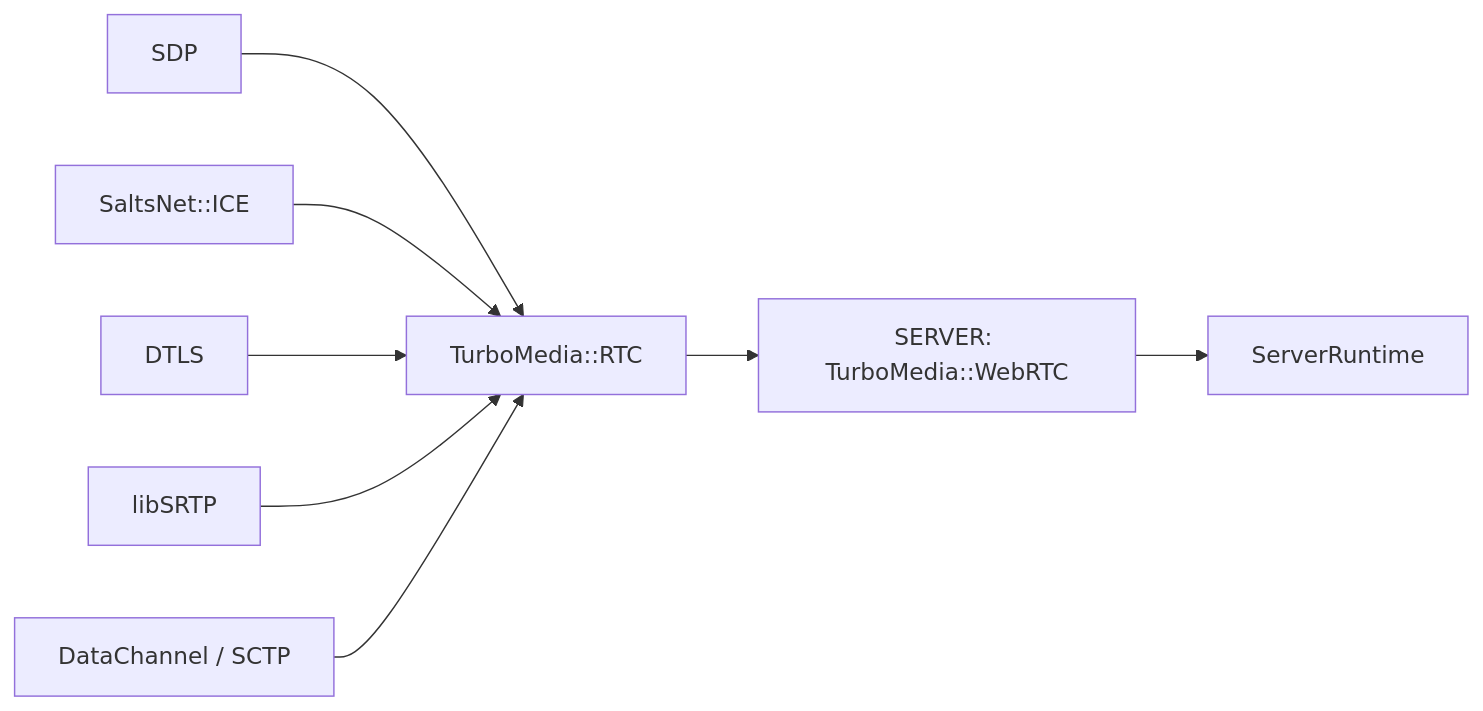
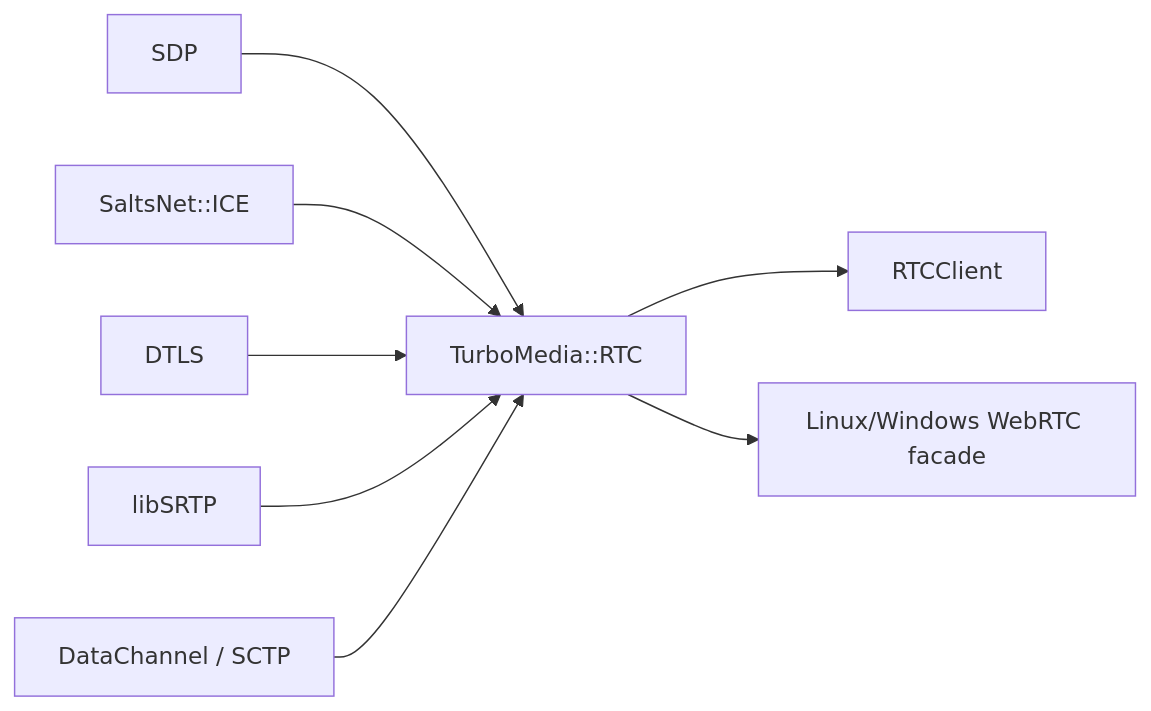
The third of 6 diagrams in ARCHITECTURE.md (qigao/turbomedia), drawn with Mermaid before and after one commit. The commit also changed other lines of this file and 25 other files, not shown here.

First line of the commit message:
refactor: make TurboMedia build platform-capability based (#144)

````diff
--- a/ARCHITECTURE.md
+++ b/ARCHITECTURE.md
@@ -117,18 +111,19 @@
 ```mermaid
 flowchart LR
   SDP["SDP"]
   ICE["SaltsNet::ICE"]
   DTLS["DTLS"]
   SRTP["libSRTP"]
   DC["DataChannel / SCTP"]
   RTC["TurboMedia::RTC"]
-  WebRTC["SERVER: TurboMedia::WebRTC"]
-  Runtime["ServerRuntime"]
+  Client["RTCClient"]
+  Desktop["Linux/Windows WebRTC facade"]
 
   SDP --> RTC
   ICE --> RTC
   DTLS --> RTC
   SRTP --> RTC
   DC --> RTC
-  RTC --> WebRTC --> Runtime
+  RTC --> Client
+  RTC --> Desktop
 ```
````
